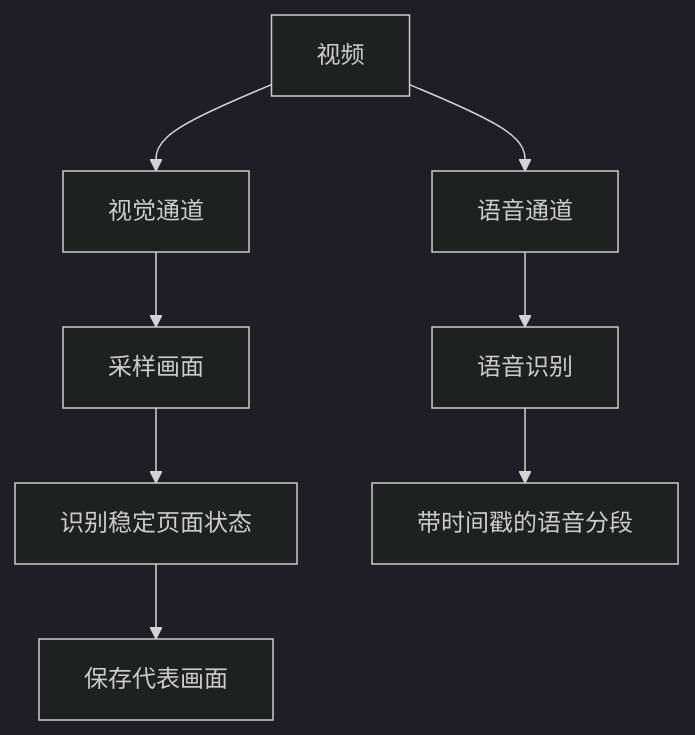
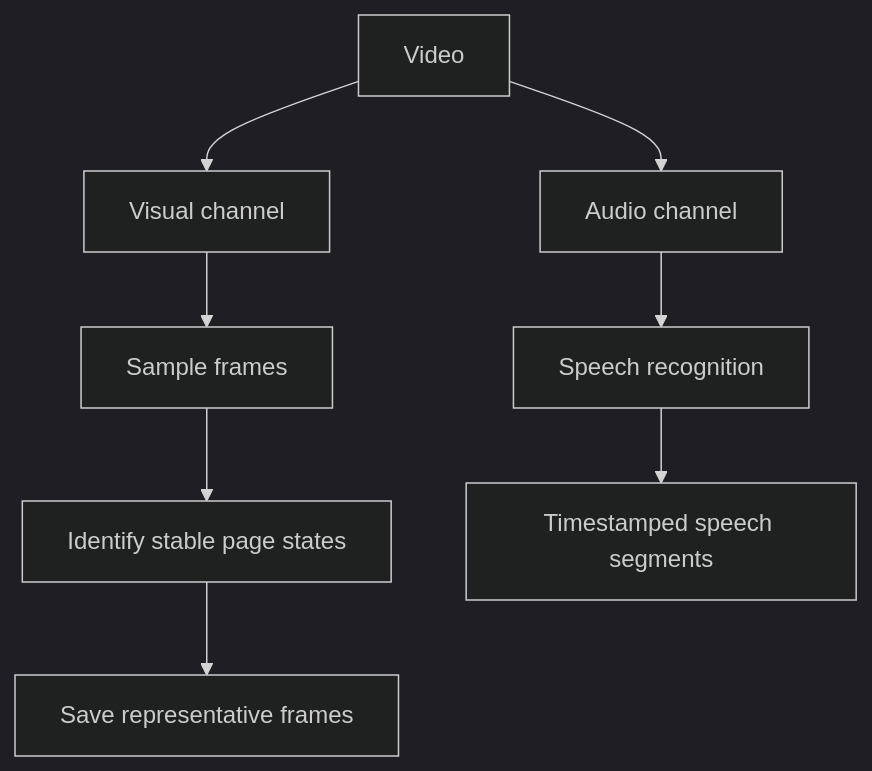
The second of 2 diagrams in src/content/blog/主题样式完全展示_20260714.md (usvan/usvan.github.io), drawn with Mermaid (dark theme) before and after one commit. The commit also changed other lines of this file and 20 other files, not shown here.

````diff
--- a/src/content/blog/主题样式完全展示_20260714.md
+++ b/src/content/blog/主题样式完全展示_20260714.md
@@ -177,10 +177,10 @@
 ```mermaid
 flowchart TB
-    A["视频"] --> B["视觉通道"]
-    A --> C["语音通道"]
-    B --> D["采样画面"]
-    D --> E["识别稳定页面状态"]
-    E --> F["保存代表画面"]
-    C --> G["语音识别"]
-    G --> H["带时间戳的语音分段"]
+    A["Video"] --> B["Visual channel"]
+    A --> C["Audio channel"]
+    B --> D["Sample frames"]
+    D --> E["Identify stable page states"]
+    E --> F["Save representative frames"]
+    C --> G["Speech recognition"]
+    G --> H["Timestamped speech segments"]
 ```
````
